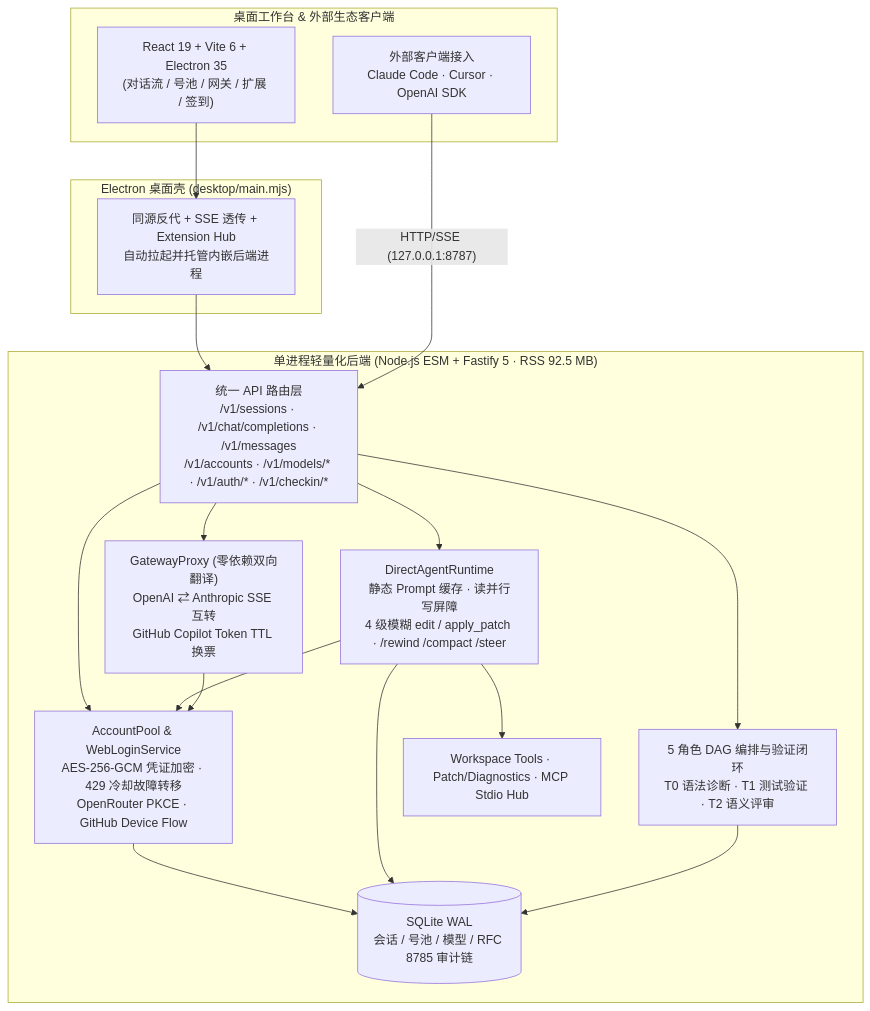
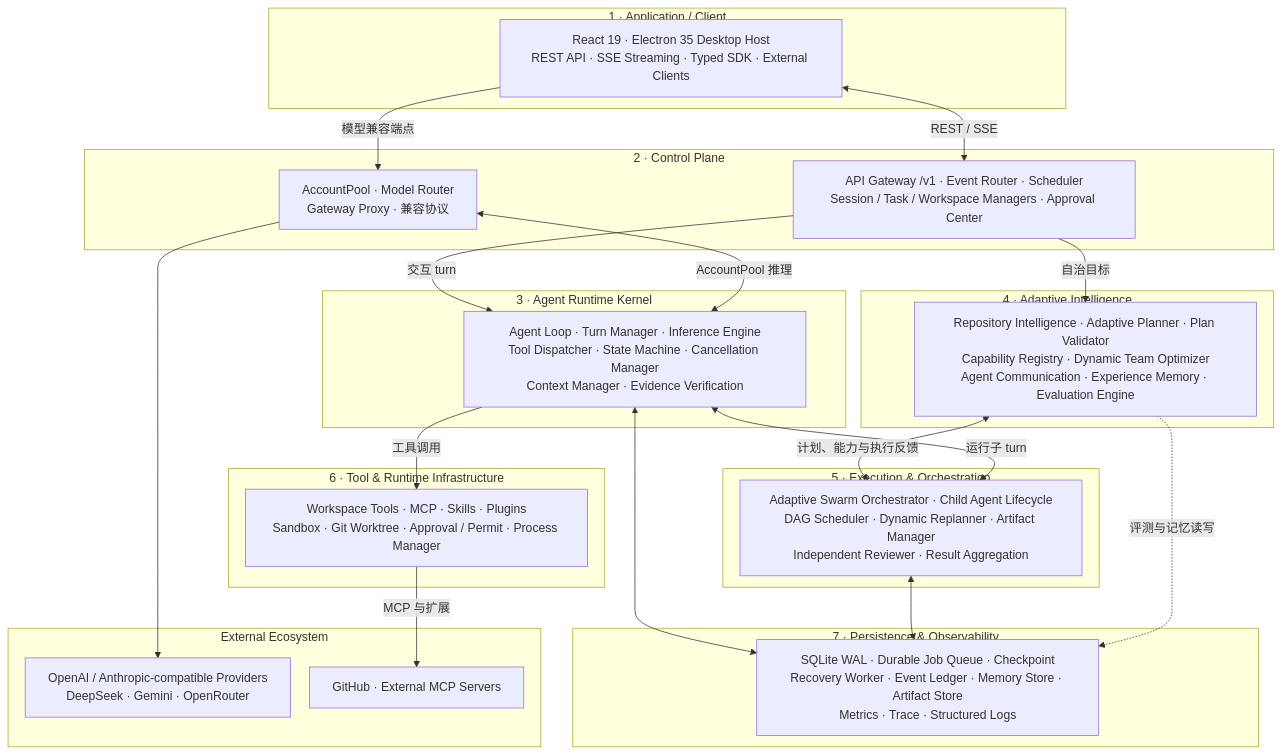
Before and after one commit to Eternite-0/Agent_US: the first of 2 diagrams in README.md, drawn with Mermaid. The commit also changed other lines of this file and 3 other files, not shown here.

Commit message:
docs: reconstruct Agent_US 2.3 architecture and README

````diff
--- a/README.md
+++ b/README.md
@@ -73,34 +45,50 @@
 ```mermaid
+---
+config:
+  flowchart:
+    wrappingWidth: 390
+    nodeSpacing: 25
+    rankSpacing: 30
+---
 flowchart TB
-    subgraph Client["桌面工作台 & 外部生态客户端"]
-        UI["React 19 + Vite 6 + Electron 35<br/>(对话流 / 号池 / 网关 / 扩展 / 签到)"]
-        EXT["外部客户端接入<br/>Claude Code · Cursor · OpenAI SDK"]
+    subgraph L1["1 · Application / Client"]
+        CLIENT["React 19 · Electron 35 Desktop Host<br/>REST API · SSE Streaming · Typed SDK · External Clients"]
+    end
+    subgraph L2["2 · Control Plane"]
+        API["API Gateway /v1 · Event Router · Scheduler<br/>Session / Task / Workspace Managers · Approval Center"]
+        MODEL["AccountPool · Model Router<br/>Gateway Proxy · 兼容协议"]
+    end
+    subgraph L3["3 · Agent Runtime Kernel"]
+        KERNEL["Agent Loop · Turn Manager · Inference Engine<br/>Tool Dispatcher · State Machine · Cancellation Manager<br/>Context Manager · Evidence Verification"]
+    end
+    subgraph L4["4 · Adaptive Intelligence"]
+        INTEL["Repository Intelligence · Adaptive Planner · Plan Validator<br/>Capability Registry · Dynamic Team Optimizer<br/>Agent Communication · Experience Memory · Evaluation Engine"]
+    end
+    subgraph L5["5 · Execution & Orchestration"]
+        SWARM["Adaptive Swarm Orchestrator · Child Agent Lifecycle<br/>DAG Scheduler · Dynamic Replanner · Artifact Manager<br/>Independent Reviewer · Result Aggregation"]
+    end
+    subgraph L6["6 · Tool & Runtime Infrastructure"]
+        TOOLING["Workspace Tools · MCP · Skills · Plugins<br/>Sandbox · Git Worktree · Approval / Permit · Process Manager"]
+    end
+    subgraph L7["7 · Persistence & Observability"]
+        DURABLE["SQLite WAL · Durable Job Queue · Checkpoint<br/>Recovery Worker · Event Ledger · Memory Store · Artifact Store<br/>Metrics · Trace · Structured Logs"]
+    end
+    subgraph EXT["External Ecosystem"]
+        PROVIDERS["OpenAI / Anthropic-compatible Providers<br/>DeepSeek · Gemini · OpenRouter"]
+        INTEGRATIONS["GitHub · External MCP Servers"]
     end
 
-    subgraph Desktop["Electron 桌面壳 (desktop/main.mjs)"]
-        PROXY["同源反代 + SSE 透传 + Extension Hub<br/>自动拉起并托管内嵌后端进程"]
-    end
-
-    subgraph Backend["单进程轻量化后端 (Node.js ESM + Fastify 5 · RSS 92.5 MB)"]
-        ROUTES["统一 API 路由层<br/>/v1/sessions · /v1/chat/completions · /v1/messages<br/>/v1/accounts · /v1/models/* · /v1/auth/* · /v1/checkin/*"]
-        AGENT["DirectAgentRuntime<br/>静态 Prompt 缓存 · 读并行写屏障<br/>4 级模糊 edit / apply_patch · /rewind /compact /steer"]
-        DAG["5 角色 DAG 编排与验证闭环<br/>T0 语法诊断 · T1 测试验证 · T2 语义评审"]
-        GW["GatewayProxy (零依赖双向翻译)<br/>OpenAI ⇄ Anthropic SSE 互转<br/>GitHub Copilot Token TTL 换票"]
-        POOL["AccountPool & WebLoginService<br/>AES-256-GCM 凭证加密 · 429 冷却故障转移<br/>OpenRouter PKCE · GitHub Device Flow"]
-        TOOLS["Workspace Tools · Patch/Diagnostics · MCP Stdio Hub"]
-        DB[("SQLite WAL<br/>会话 / 号池 / 模型 / RFC 8785 审计链")]
-    end
-
-    UI --> PROXY --> ROUTES
-    EXT -->|"HTTP/SSE (127.0.0.1:8787)"| ROUTES
-    ROUTES --> AGENT
-    ROUTES --> DAG
-    ROUTES --> GW
-    ROUTES --> POOL
-    AGENT --> TOOLS
-    AGENT --> POOL
-    GW --> POOL
-    POOL --> DB
-    AGENT --> DB
-    DAG --> DB
+    CLIENT <-->|REST / SSE| API
+    CLIENT -->|模型兼容端点| MODEL
+    API -->|交互 turn| KERNEL
+    API -->|自治目标| INTEL
+    MODEL <-->|AccountPool 推理| KERNEL
+    MODEL --> PROVIDERS
+    INTEL <-->|计划、能力与执行反馈| SWARM
+    KERNEL <-->|运行子 turn| SWARM
+    KERNEL -->|工具调用| TOOLING
+    TOOLING -->|MCP 与扩展| INTEGRATIONS
+    KERNEL <--> DURABLE
+    SWARM <--> DURABLE
+    INTEL -.评测与记忆读写.-> DURABLE
 ```
````
